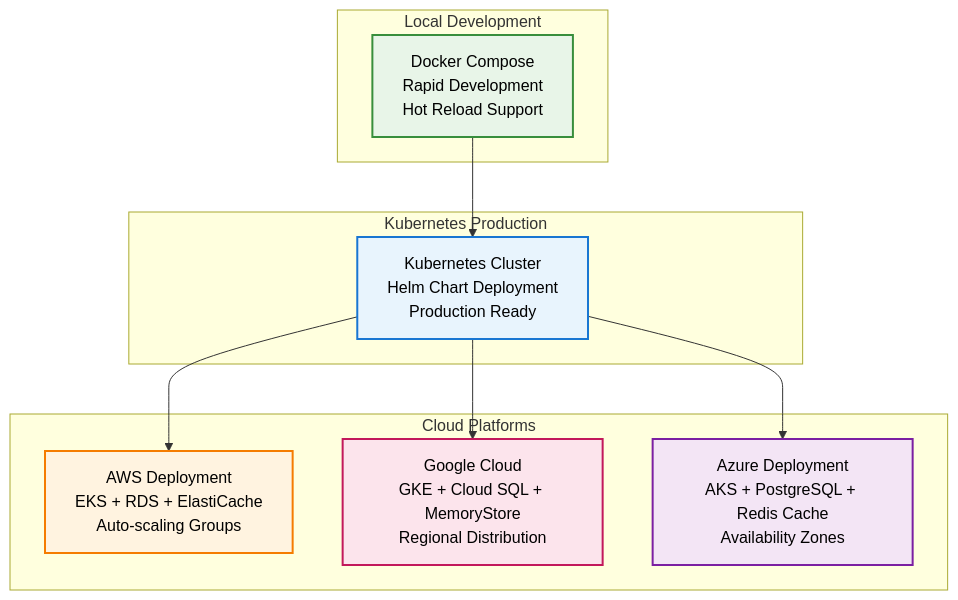
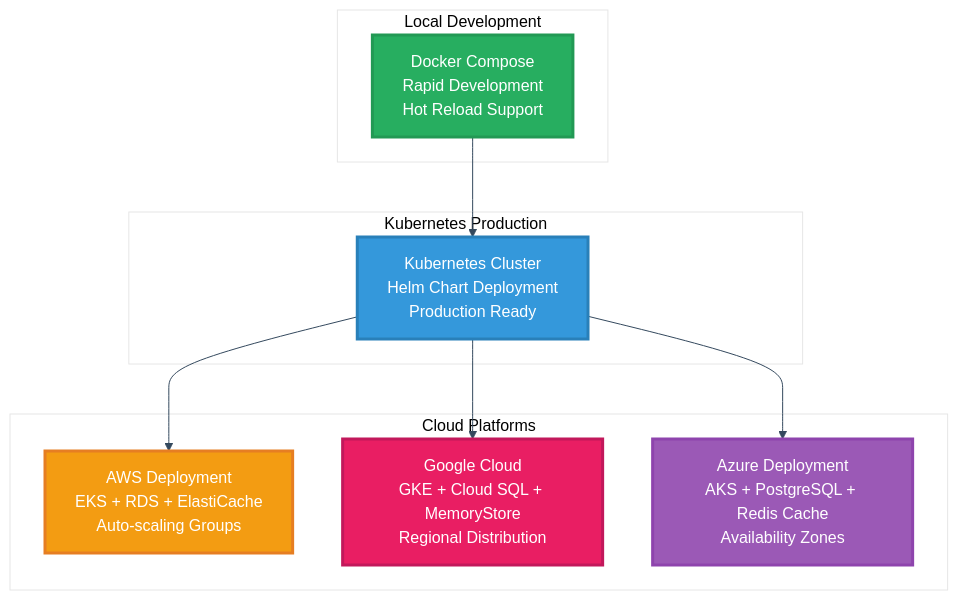
One commit to PriscillaOng12/AI-Code-Review-Squad changed diagram 13 of 20 in README.md. Above: the diagram before and after it, drawn with Mermaid. The commit also changed other lines of this file, not shown here.

````diff
--- a/README.md
+++ b/README.md
@@ -381,27 +451,28 @@
 ```mermaid
+%%{init: {'theme': 'base', 'themeVariables': {'primaryColor': '#ffffff', 'primaryTextColor': '#2c3e50', 'primaryBorderColor': '#2c3e50', 'lineColor': '#34495e', 'secondaryColor': '#ffffff', 'tertiaryColor': '#ffffff', 'background': '#ffffff', 'mainBkg': '#ffffff', 'secondBkg': '#ffffff', 'tertiaryBkg': '#ffffff'}}}%%
 graph TB
     subgraph "Local Development"
         LOCAL[Docker Compose<br/>Rapid Development<br/>Hot Reload Support]
     end
     
     subgraph "Cloud Platforms"
         AWS[AWS Deployment<br/>EKS + RDS + ElastiCache<br/>Auto-scaling Groups]
         GCP[Google Cloud<br/>GKE + Cloud SQL + MemoryStore<br/>Regional Distribution]
         AZURE[Azure Deployment<br/>AKS + PostgreSQL + Redis Cache<br/>Availability Zones]
     end
     
     subgraph "Kubernetes Production"
         K8S[Kubernetes Cluster<br/>Helm Chart Deployment<br/>Production Ready]
     end
     
     LOCAL --> K8S
     K8S --> AWS
     K8S --> GCP
     K8S --> AZURE
     
-    style LOCAL fill:#e8f5e8,stroke:#388e3c,stroke-width:2px,color:#000000
-    style K8S fill:#e8f4fd,stroke:#1976d2,stroke-width:2px,color:#000000
-    style AWS fill:#fff3e0,stroke:#f57c00,stroke-width:2px,color:#000000
-    style GCP fill:#fce4ec,stroke:#c2185b,stroke-width:2px,color:#000000
-    style AZURE fill:#f3e5f5,stroke:#7b1fa2,stroke-width:2px,color:#000000
+    style LOCAL fill:#27ae60,stroke:#229954,stroke-width:3px,color:#ffffff
+    style K8S fill:#3498db,stroke:#2980b9,stroke-width:3px,color:#ffffff
+    style AWS fill:#f39c12,stroke:#e67e22,stroke-width:3px,color:#ffffff
+    style GCP fill:#e91e63,stroke:#c2185b,stroke-width:3px,color:#ffffff
+    style AZURE fill:#9b59b6,stroke:#8e44ad,stroke-width:3px,color:#ffffff
 ```
````
